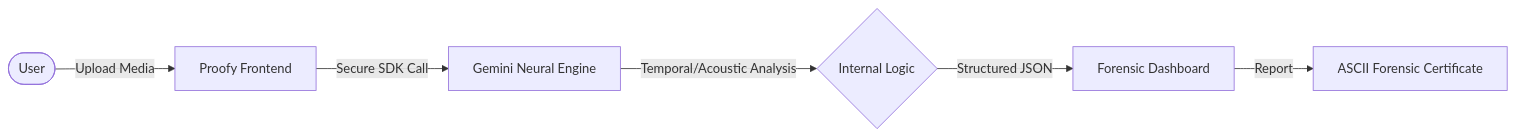
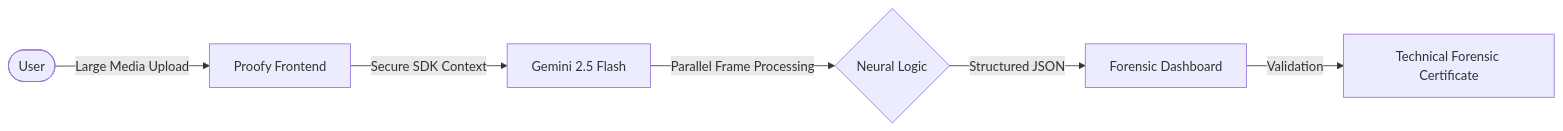
The first of 2 diagrams in README.md (jiviteshreddy44-netizen/proofyyy), drawn with Mermaid before and after one commit. The commit also changed other lines of this file, not shown here.

Commit message:
Ultra-expand README: Deep technical dives, pillar explanations, and architectural advantages

````diff
--- a/README.md
+++ b/README.md
@@ -15,8 +22,8 @@
 ```mermaid
 graph LR
-    User([User]) -->|Upload Media| App[Proofy Frontend]
-    App -->|Secure SDK Call| AI[Gemini Neural Engine]
-    AI -->|Temporal/Acoustic Analysis| Logic{Internal Logic}
+    User([User]) -->|Large Media Upload| App[Proofy Frontend]
+    App -->|Secure SDK Context| AI[Gemini 2.5 Flash]
+    AI -->|Parallel Frame Processing| Logic{Neural Logic}
     Logic -->|Structured JSON| Result[Forensic Dashboard]
-    Result -->|Report| Certificate[ASCII Forensic Certificate]
+    Result -->|Validation| Certificate[Technical Forensic Certificate]
 ```
````
